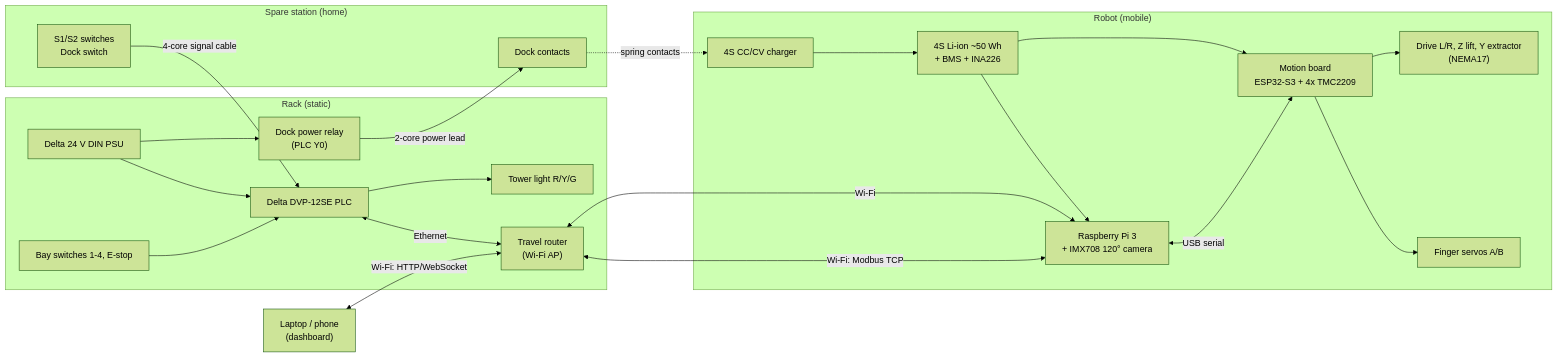
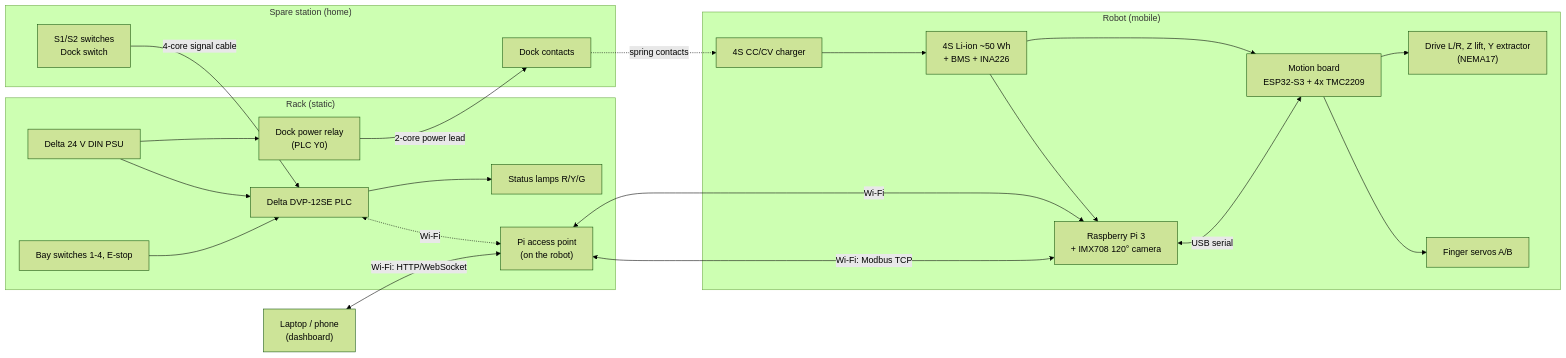
One commit to freethought101/RackBotGen3 changed the diagram in docs/spec/00-overview.md. Above: the diagram before and after it, drawn with Mermaid (forest theme). The commit also changed other lines of this file and 15 other files, not shown here.

````diff
--- a/docs/spec/00-overview.md
+++ b/docs/spec/00-overview.md
@@ -98,28 +98,28 @@
 ```mermaid
 flowchart LR
   subgraph RACK["Rack (static)"]
     PSU["Delta 24 V DIN PSU"] --> PLC["Delta DVP-12SE PLC"]
     PSU --> RLY["Dock power relay\n(PLC Y0)"]
     SW["Bay switches 1-4, E-stop"] --> PLC
-    PLC --> LAMP["Tower light R/Y/G"]
-    PLC <-- Ethernet --> RTR["Travel router\n(Wi-Fi AP)"]
+    PLC --> LAMP["Status lamps R/Y/G"]
+    PLC <-. Wi-Fi .-> RTR["Pi access point\n(on the robot)"]
   end
   subgraph SPARE["Spare station (home)"]
     DOCK["Dock contacts"]
     SSW["S1/S2 switches\nDock switch"]
   end
   RLY -- "2-core power lead" --> DOCK
   SSW -- "4-core signal cable" --> PLC
   subgraph ROBOT["Robot (mobile)"]
     BAT["4S Li-ion ~50 Wh\n+ BMS + INA226"] --> MB["Motion board\nESP32-S3 + 4x TMC2209"]
     BAT --> PI["Raspberry Pi 3\n+ IMX708 120° camera"]
     PI <-- USB serial --> MB
     MB --> MOT["Drive L/R, Z lift, Y extractor\n(NEMA17)"]
     MB --> SRV["Finger servos A/B"]
     CHG["4S CC/CV charger"] --> BAT
   end
   DOCK -. spring contacts .-> CHG
   PI <-- Wi-Fi: Modbus TCP --> RTR
   LAPTOP["Laptop / phone\n(dashboard)"] <-- Wi-Fi: HTTP/WebSocket --> RTR
   RTR <-- Wi-Fi --> PI
 ```
````
